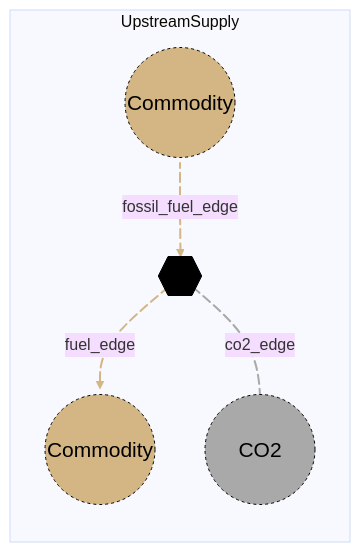
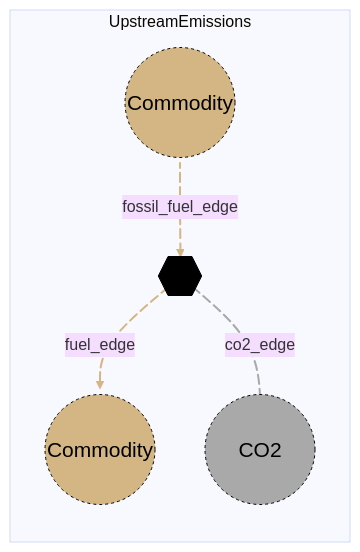
One commit to acheng1757/MacroEnergy-Abbie.jl changed diagram 16 of 30 in docs/src/Manual/Assets.md. Above: the diagram before and after it, drawn with Mermaid. The commit also changed other lines of this file and 5 other files, not shown here.

Commit message:
Rename UpstreamSupply --> UpstreamEmissions

````diff
--- a/docs/src/Manual/Assets.md
+++ b/docs/src/Manual/Assets.md
@@ -428,24 +428,24 @@
 ```mermaid
 %%{init: {'theme': 'base', 'themeVariables': { 'background': '#D1EBDE' }}}%%
 flowchart LR
-  subgraph "UpstreamSupply"
+  subgraph "UpstreamEmissions"
   direction TB
     A{{..}}
     E((Commodity))
     F((Commodity))
     G((CO2))
     E a@--fossil_fuel_edge--> A
     A b@--fuel_edge--> F
     A c@--co2_edge--> G
   end
     style A fill:black,stroke:black,color:black;
     style E font-size:21px,r:55px,fill:#d3b683,stroke:black,color:black,stroke-dasharray: 3,5;
     style F font-size:21px,r:55px,fill:#d3b683,stroke:black,color:black,stroke-dasharray: 3,5;
     style G font-size:21px,r:55px,fill:#A9A9A9,stroke:black,color:black,stroke-dasharray: 3,5;
     linkStyle 0 stroke:#d3b683,stroke-width: 2px;
     a@{ animate: true };
     linkStyle 1 stroke:#d3b683,stroke-width: 2px;
     b@{ animate: true };
     linkStyle 2 stroke:#A9A9A9,stroke-width: 2px;
     c@{ animate: true };
 ```
````
